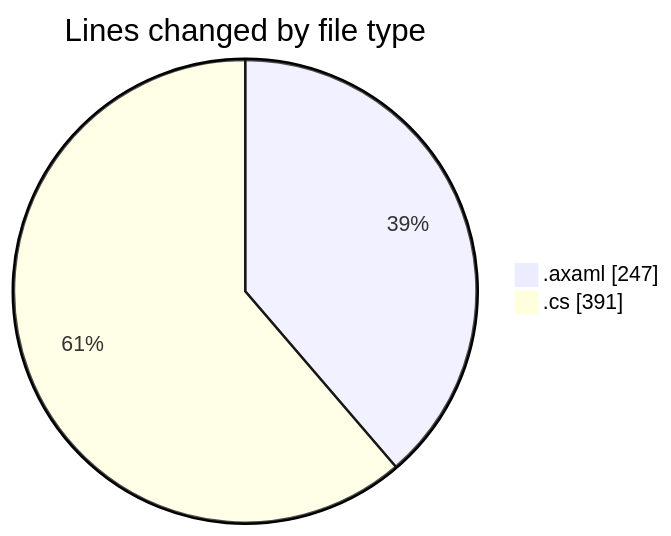
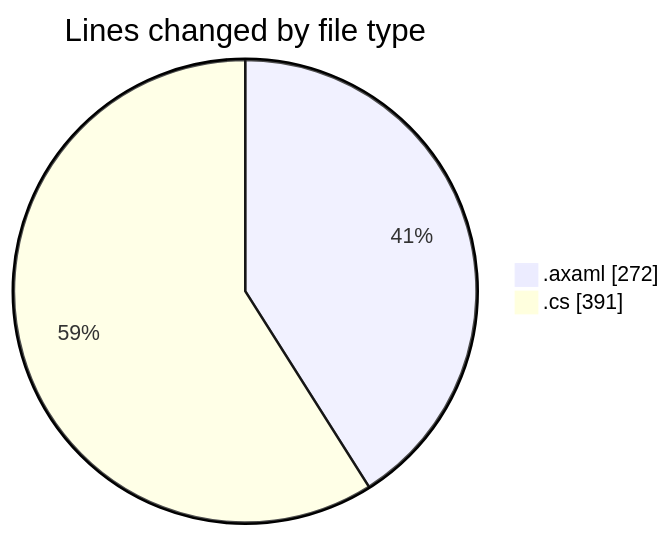
The first of 2 diagrams in 2025-10-29/skintrack/README.md (Netris89/code-tracking), drawn with Mermaid before and after one commit. The commit also changed other lines of this file and 1 other file, not shown here.

````diff
--- a/2025-10-29/skintrack/README.md
+++ b/2025-10-29/skintrack/README.md
@@ -36,6 +36,6 @@
 ```mermaid
 pie showData
 title Lines changed by file type
-".axaml" : 247
+".axaml" : 272
 ".cs" : 391
 ```
````
